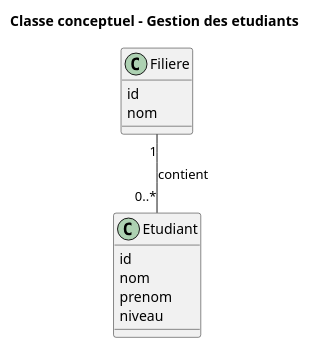
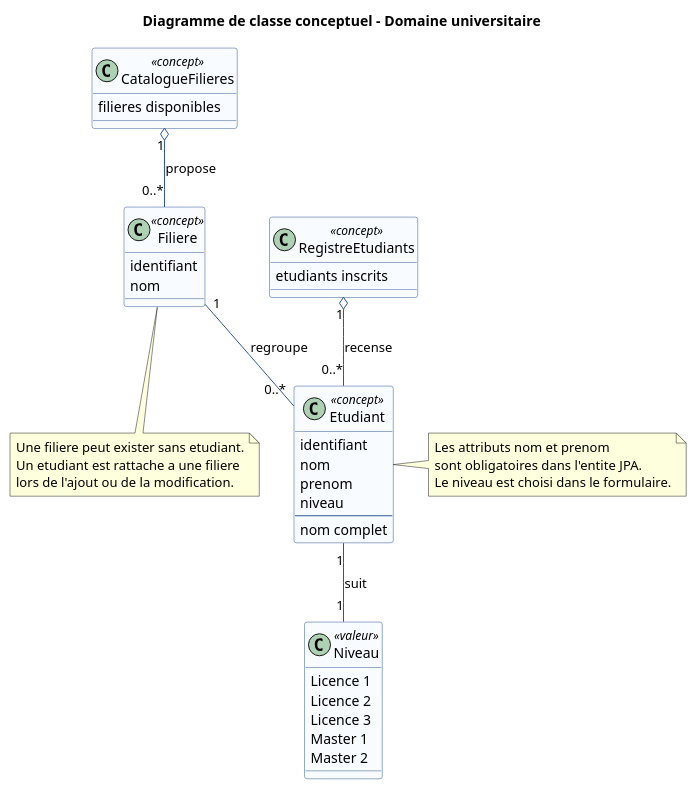
The diagram in docs/uml/classe-conceptuel.puml (mehdidabaj/app-etudiant), drawn with PlantUML before and after one commit. The commit also changed 10 other files, not shown here.

Commit message:
Expand UML diagrams with detailed PNG exports

```diff
--- a/docs/uml/classe-conceptuel.puml
+++ b/docs/uml/classe-conceptuel.puml
@@ -1,21 +1,59 @@
 @startuml
-title Classe conceptuel - Gestion des etudiants
+title Diagramme de classe conceptuel - Domaine universitaire
 
 skinparam classAttributeIconSize 0
 skinparam shadowing false
+skinparam class {
+  BackgroundColor #F8FBFF
+  BorderColor #2F5597
+  ArrowColor #2F5597
+}
 
-class Etudiant {
-  id
+class Etudiant <<concept>> {
+  identifiant
   nom
   prenom
   niveau
+  --
+  nom complet
 }
 
-class Filiere {
-  id
+class Filiere <<concept>> {
+  identifiant
   nom
 }
 
-Filiere "1" -- "0..*" Etudiant : contient
+class Niveau <<valeur>> {
+  Licence 1
+  Licence 2
+  Licence 3
+  Master 1
+  Master 2
+}
+
+class CatalogueFilieres <<concept>> {
+  filieres disponibles
+}
+
+class RegistreEtudiants <<concept>> {
+  etudiants inscrits
+}
+
+RegistreEtudiants "1" o-- "0..*" Etudiant : recense
+CatalogueFilieres "1" o-- "0..*" Filiere : propose
+Filiere "1" -- "0..*" Etudiant : regroupe
+Etudiant "1" -- "1" Niveau : suit
+
+note right of Etudiant
+  Les attributs nom et prenom
+  sont obligatoires dans l'entite JPA.
+  Le niveau est choisi dans le formulaire.
+end note
+
+note bottom of Filiere
+  Une filiere peut exister sans etudiant.
+  Un etudiant est rattache a une filiere
+  lors de l'ajout ou de la modification.
+end note
 
 @enduml
```
